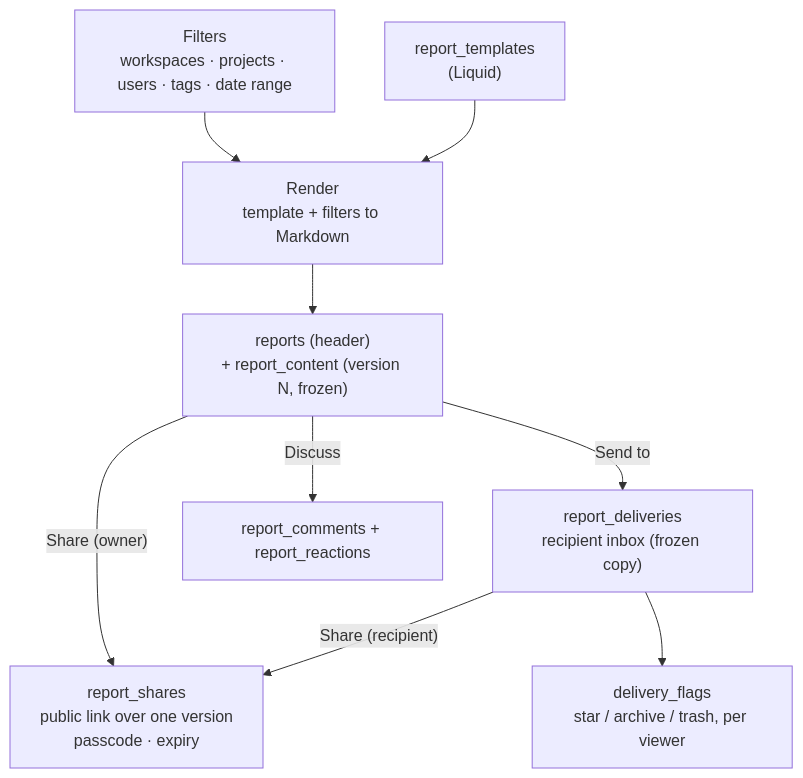
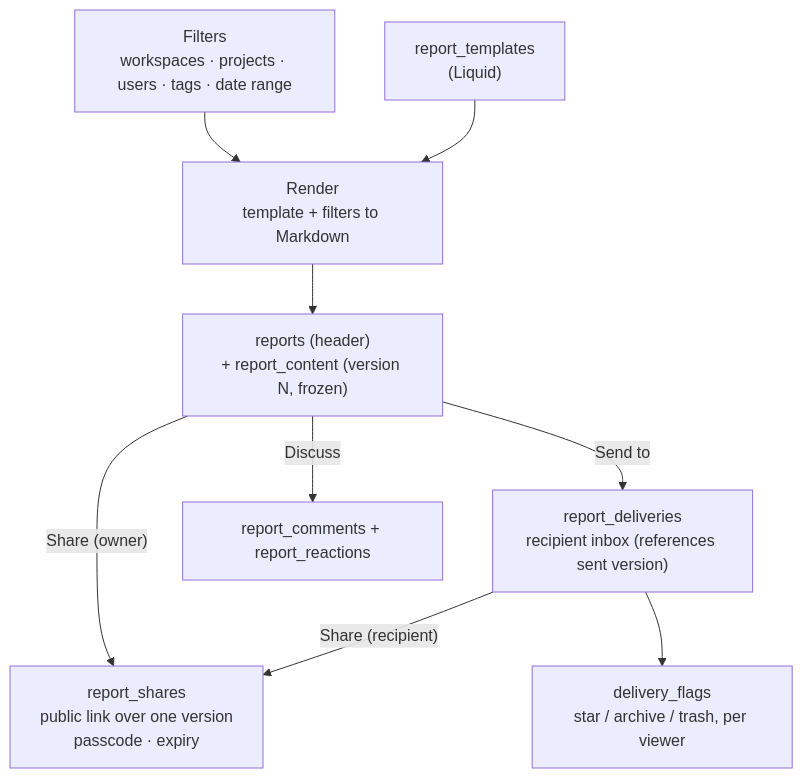
One commit to spantail/spantail changed the ninth of 9 diagrams in docs/data-model.md. Above: the diagram before and after it, drawn with Mermaid. The commit also changed other lines of this file and 17 other files, not shown here.

First line of the commit message:
feat(inbox): rebase deliveries on content versions (#149)

````diff
--- a/docs/data-model.md
+++ b/docs/data-model.md
@@ -296,11 +295,11 @@
 ```mermaid
 flowchart TB
     FILT["Filters<br/>workspaces · projects · users · tags · date range"] --> RUN["Render<br/>template + filters to Markdown"]
     TPL["report_templates<br/>(Liquid)"] --> RUN
     RUN --> REP["reports (header)<br/>+ report_content (version N, frozen)"]
     REP -->|"Share (owner)"| SH["report_shares<br/>public link over one version<br/>passcode · expiry"]
-    REP -->|"Send to"| DEL["report_deliveries<br/>recipient inbox (frozen copy)"]
+    REP -->|"Send to"| DEL["report_deliveries<br/>recipient inbox (references sent version)"]
     DEL -->|"Share (recipient)"| SH
     REP -->|"Discuss"| DIS["report_comments + report_reactions"]
     DEL --> FLAG["delivery_flags<br/>star / archive / trash, per viewer"]
 ```
````
